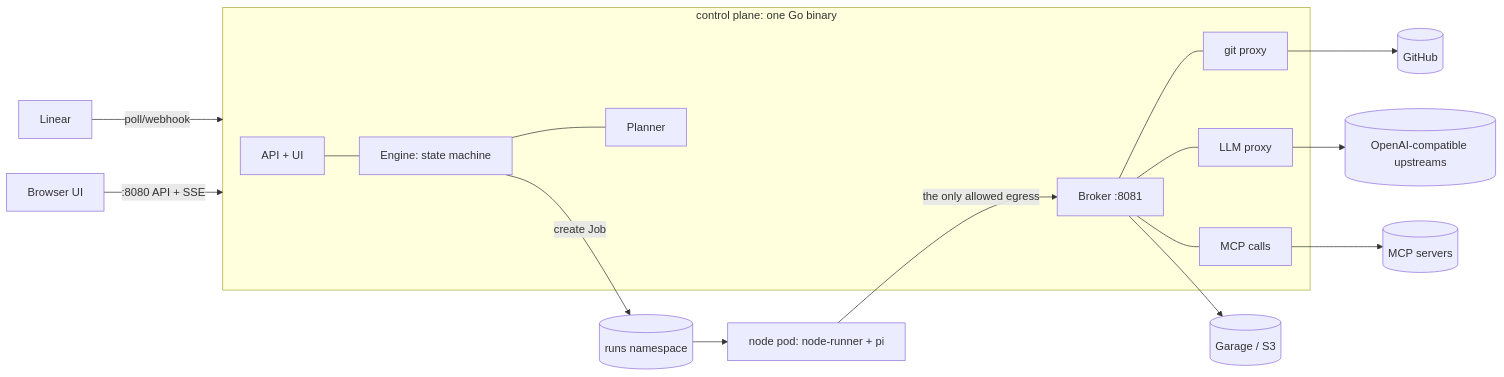
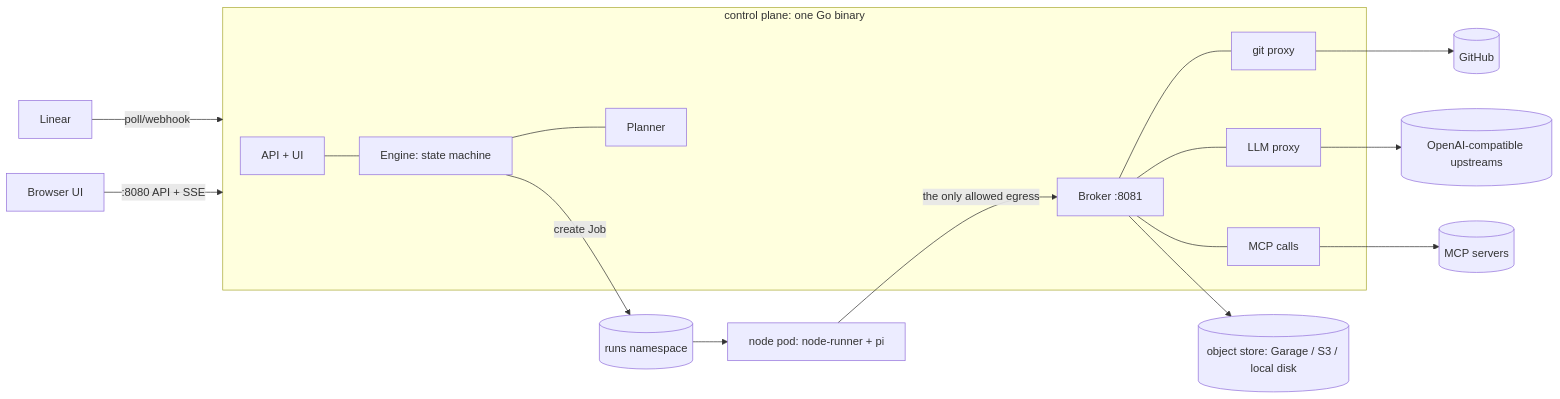
The diagram in docs/SPEC.md (mauza/ai-flow), drawn with Mermaid before and after one commit. The commit also changed other lines of this file and 6 other files, not shown here.

````diff
--- a/docs/SPEC.md
+++ b/docs/SPEC.md
@@ -37,19 +38,19 @@
 ```mermaid
 flowchart LR
   L[Linear] -- poll/webhook --> CP
   UI[Browser UI] -- :8080 API + SSE --> CP
   subgraph CP[control plane: one Go binary]
     API[API + UI] --- ENG[Engine: state machine]
     ENG --- PL[Planner]
     BR[Broker :8081] --- GP[git proxy]
     BR --- LP[LLM proxy]
     BR --- MP[MCP calls]
   end
   ENG -- create Job --> K8s[(runs namespace)]
   K8s --> POD[node pod: node-runner + pi]
   POD -- the only allowed egress --> BR
   GP --> GH[(GitHub)]
   LP --> UP[(OpenAI-compatible upstreams)]
   MP --> MCPS[(MCP servers)]
-  BR --> S3[(Garage / S3)]
+  BR --> S3[(object store: Garage / S3 / local disk)]
 ```
````
